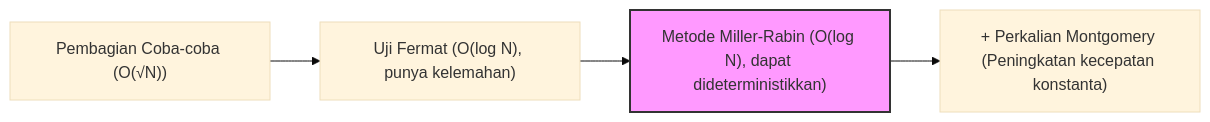
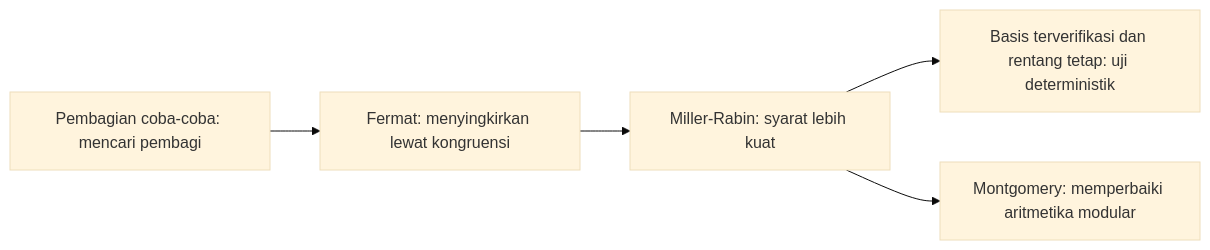
The second of 2 diagrams in content/post/cppで実装する高速な素数判定アルゴリズム/index.id.md (kenjinote/blog), drawn with Mermaid (base theme) before and after one commit. The commit also changed other lines of this file and 4 other files, not shown here.

````diff
--- a/content/post/cppで実装する高速な素数判定アルゴリズム/index.id.md
+++ b/content/post/cppで実装する高速な素数判定アルゴリズム/index.id.md
@@ -314,8 +256,7 @@
 ```mermaid
 graph LR
-    TrialDivision["Pembagian Coba-coba (O(√N))"] --> Fermat["Uji Fermat (O(log N), punya kelemahan)"]
-    Fermat --> MillerRabin["Metode Miller-Rabin (O(log N), dapat dideterministikkan)"]
-    MillerRabin --> Montgomery["+ Perkalian Montgomery (Peningkatan kecepatan konstanta)"]
-    
-    style MillerRabin fill:#f9f,stroke:#333,stroke-width:2px
+    Trial["Pembagian coba-coba: mencari pembagi"] --> Fermat["Fermat: menyingkirkan lewat kongruensi"]
+    Fermat --> MR["Miller-Rabin: syarat lebih kuat"]
+    MR --> Fixed["Basis terverifikasi dan rentang tetap: uji deterministik"]
+    MR --> Mont["Montgomery: memperbaiki aritmetika modular"]
 ```
````
